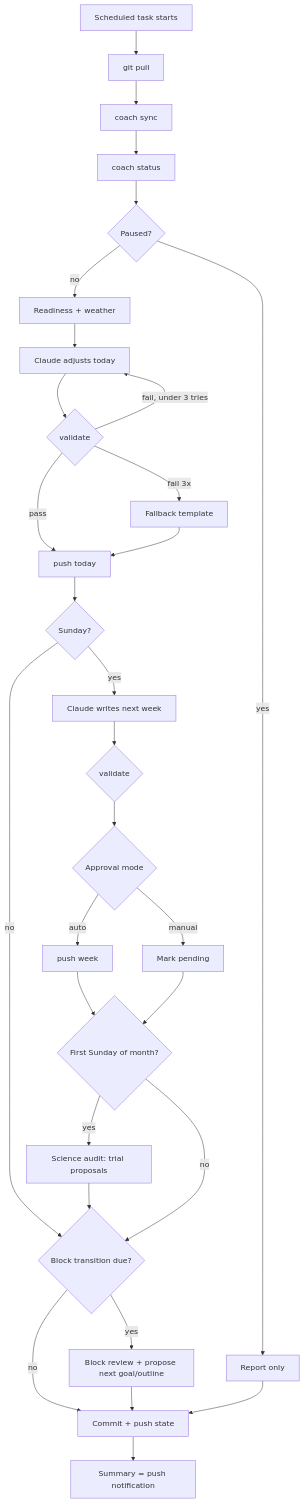
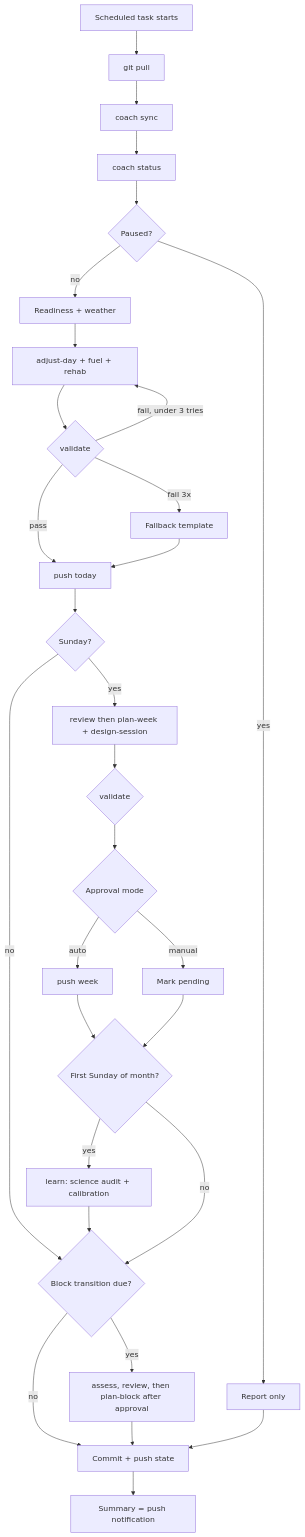
One commit to evanspill/coach changed the second of 6 diagrams in docs/BUILD_PROMPT.md. Above: the diagram before and after it, drawn with Mermaid. The commit also changed other lines of this file, not shown here.

````diff
--- a/docs/BUILD_PROMPT.md
+++ b/docs/BUILD_PROMPT.md
@@ -384,29 +429,29 @@
 ```mermaid
 flowchart TD
   A[Scheduled task starts] --> B[git pull]
   B --> C[coach sync]
   C --> D[coach status]
   D --> E{Paused?}
   E -- yes --> Z[Report only]
   E -- no --> F[Readiness + weather]
-  F --> G[Claude adjusts today]
+  F --> G[adjust-day + fuel + rehab]
   G --> V1{validate}
   V1 -- fail, under 3 tries --> G
   V1 -- fail 3x --> FB[Fallback template]
   V1 -- pass --> P1[push today]
   FB --> P1
   P1 --> H{Sunday?}
-  H -- yes --> WK[Claude writes next week] --> V2{validate} --> AP{Approval mode}
+  H -- yes --> WK[review then plan-week + design-session] --> V2{validate} --> AP{Approval mode}
   AP -- auto --> P2[push week]
   AP -- manual --> PEND[Mark pending]
   H -- no --> X
   P2 --> SA{First Sunday of month?}
   PEND --> SA
-  SA -- yes --> SCI[Science audit: trial proposals] --> X
+  SA -- yes --> SCI[learn: science audit + calibration] --> X
   SA -- no --> X{Block transition due?}
-  X -- yes --> R[Block review + propose next goal/outline]
+  X -- yes --> R[assess, review, then plan-block after approval]
   X -- no --> CM
   R --> CM[Commit + push state]
   Z --> CM
   CM --> NT[Summary = push notification]
 ```
````
